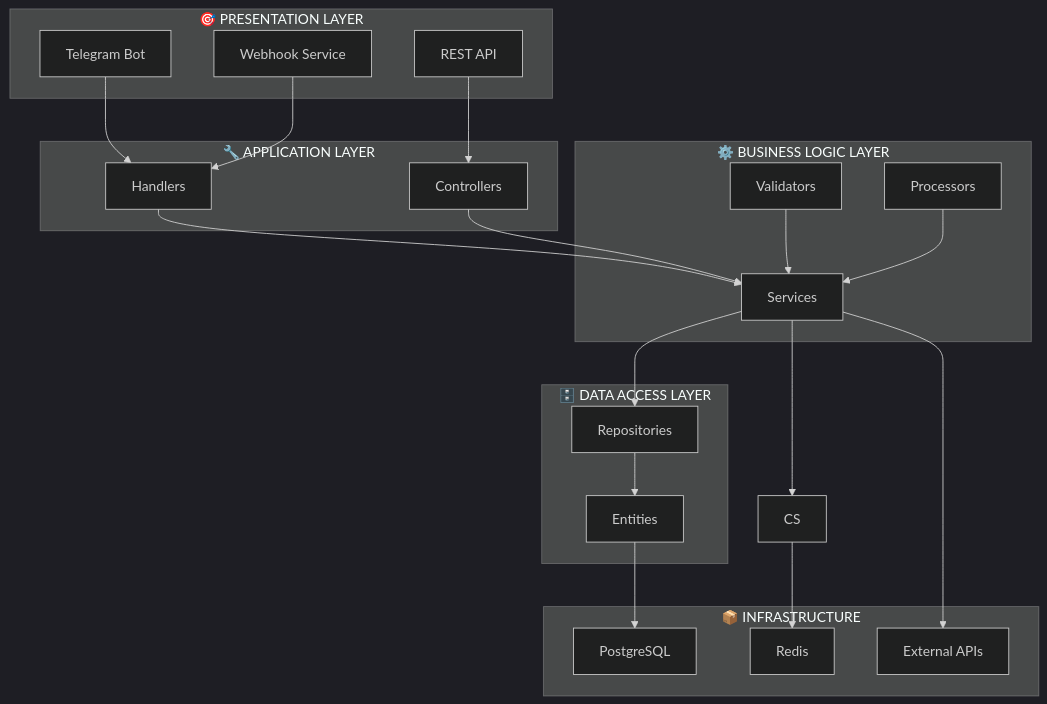
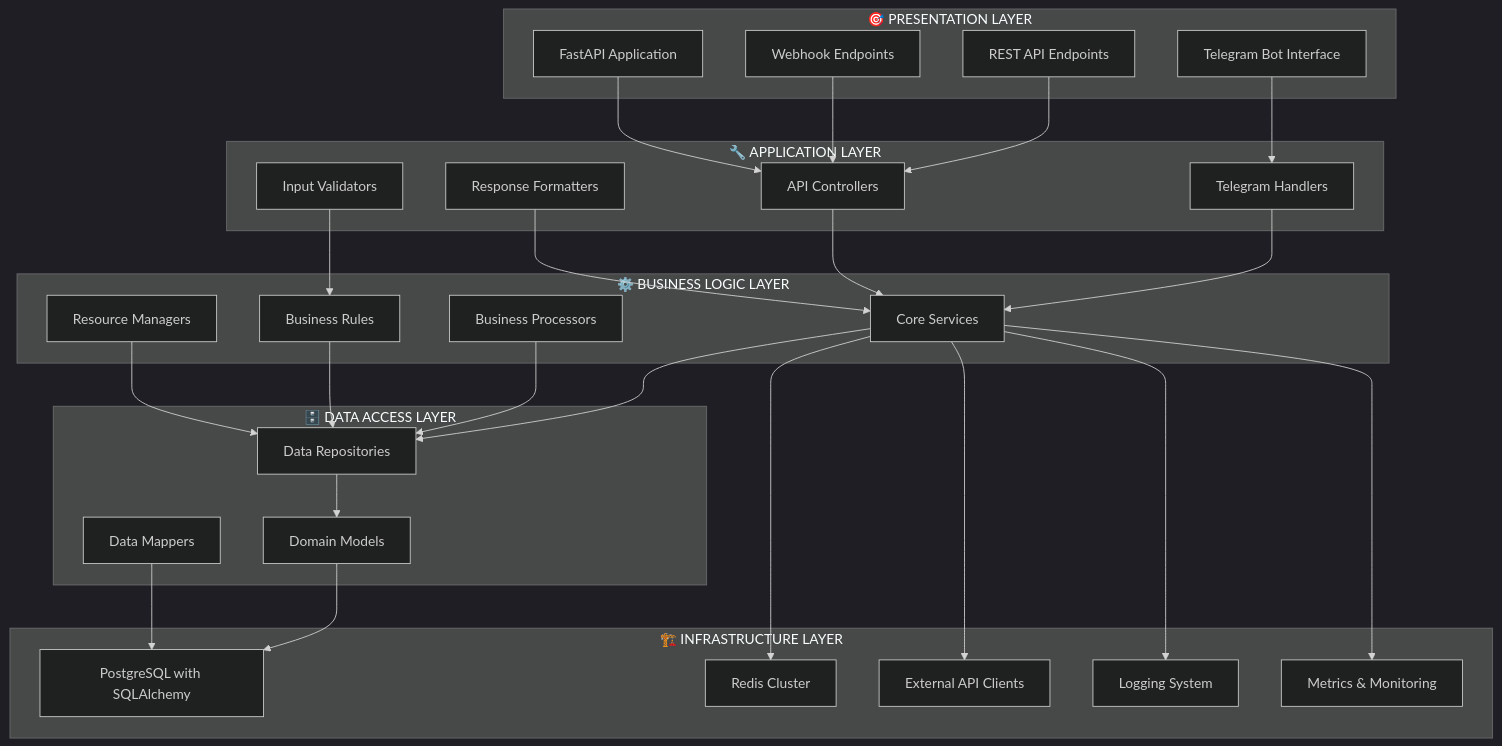
The second of 15 diagrams in docs/ARCHITECTURE.md (neKamita/Mirza-Telegram-Shop-Bot), drawn with Mermaid (dark theme) before and after one commit. The commit also changed other lines of this file and 7 other files, not shown here.

````diff
--- a/docs/ARCHITECTURE.md
+++ b/docs/ARCHITECTURE.md
@@ -81,48 +111,61 @@
 ```mermaid
 graph TD
     subgraph "🎯 PRESENTATION LAYER"
-        PL_TG[Telegram Bot]
-        PL_REST[REST API]
-        PL_WEBHOOK[Webhook Service]
+        PL_TG[Telegram Bot Interface]
+        PL_REST[REST API Endpoints]
+        PL_WEBHOOK[Webhook Endpoints]
+        PL_FASTAPI[FastAPI Application]
     end
-    
+
     subgraph "🔧 APPLICATION LAYER"
-        AL_HANDLERS[Handlers]
-        AL_CONTROLLERS[Controllers]
+        AL_HANDLERS[Telegram Handlers]
+        AL_CONTROLLERS[API Controllers]
+        AL_VALIDATORS[Input Validators]
+        AL_FORMATTERS[Response Formatters]
     end
-    
+
     subgraph "⚙️ BUSINESS LOGIC LAYER"
-        BLL_SERVICES[Services]
-        BLL_VALIDATORS[Validators]
-        BLL_PROCESSORS[Processors]
+        BLL_SERVICES[Core Services]
+        BLL_PROCESSORS[Business Processors]
+        BLL_VALIDATORS[Business Rules]
+        BLL_MANAGERS[Resource Managers]
     end
-    
+
     subgraph "🗄️ DATA ACCESS LAYER"
-        DAL_REPOSITORIES[Repositories]
-        DAL_ENTITIES[Entities]
+        DAL_REPOSITORIES[Data Repositories]
+        DAL_MODELS[Domain Models]
+        DAL_MAPPERS[Data Mappers]
     end
-    
-    subgraph "📦 INFRASTRUCTURE"
-        INF_DB[PostgreSQL]
-        INF_CACHE[Redis]
-        INF_EXTERNAL[External APIs]
+
+    subgraph "🏗️ INFRASTRUCTURE LAYER"
+        INF_DB[PostgreSQL with SQLAlchemy]
+        INF_CACHE[Redis Cluster]
+        INF_EXTERNAL[External API Clients]
+        INF_LOGGING[Logging System]
+        INF_METRICS[Metrics & Monitoring]
     end
-    
+
     PL_TG --> AL_HANDLERS
     PL_REST --> AL_CONTROLLERS
-    PL_WEBHOOK --> AL_HANDLERS
-    
+    PL_WEBHOOK --> AL_CONTROLLERS
+    PL_FASTAPI --> AL_CONTROLLERS
+
     AL_HANDLERS --> BLL_SERVICES
     AL_CONTROLLERS --> BLL_SERVICES
-    
+    AL_VALIDATORS --> BLL_VALIDATORS
+    AL_FORMATTERS --> BLL_SERVICES
+
     BLL_SERVICES --> DAL_REPOSITORIES
-    BLL_VALIDATORS --> BLL_SERVICES
-    BLL_PROCESSORS --> BLL_SERVICES
-    
-    DAL_REPOSITORIES --> DAL_ENTITIES
-    DAL_ENTITIES --> INF_DB
-    BLL_SERVICES --> CS
-    CS --> INF_CACHE
-    
+    BLL_PROCESSORS --> DAL_REPOSITORIES
+    BLL_VALIDATORS --> DAL_REPOSITORIES
+    BLL_MANAGERS --> DAL_REPOSITORIES
+
+    DAL_REPOSITORIES --> DAL_MODELS
+    DAL_MODELS --> INF_DB
+    DAL_MAPPERS --> INF_DB
+
+    BLL_SERVICES --> INF_CACHE
     BLL_SERVICES --> INF_EXTERNAL
+    BLL_SERVICES --> INF_LOGGING
+    BLL_SERVICES --> INF_METRICS
 ```
````
